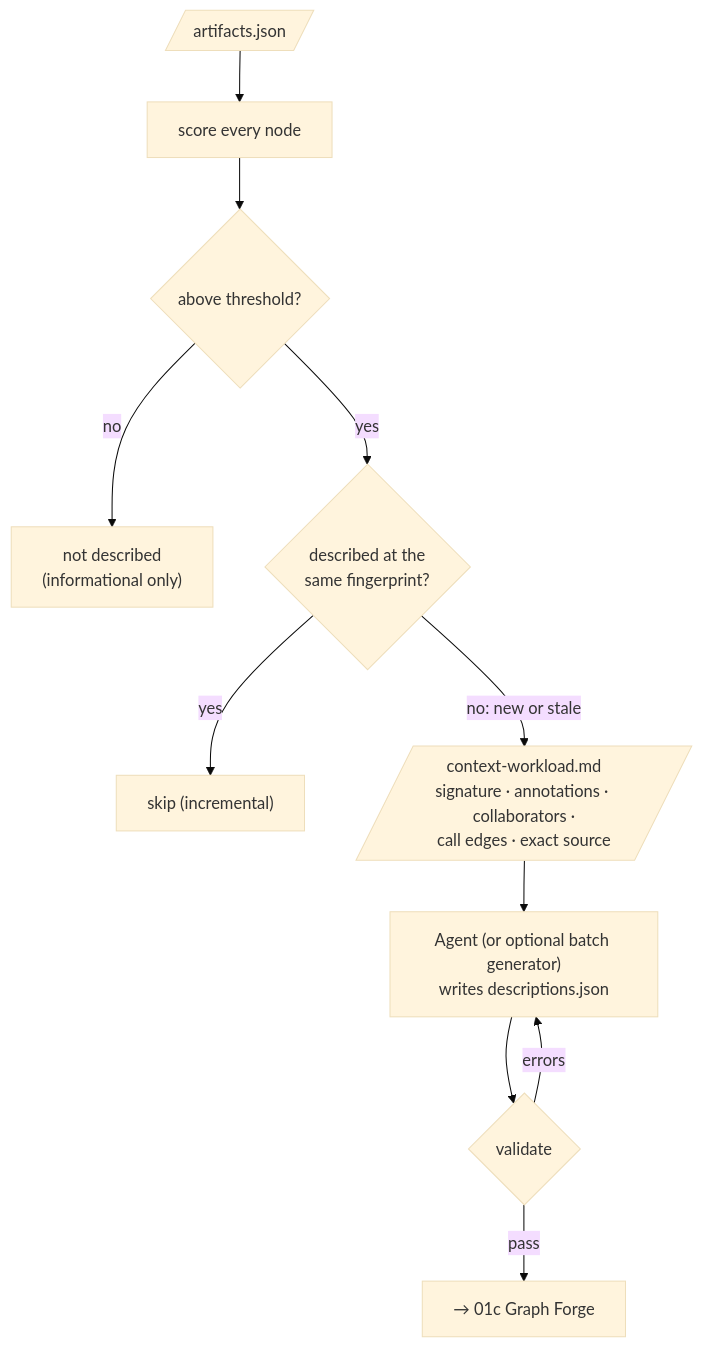
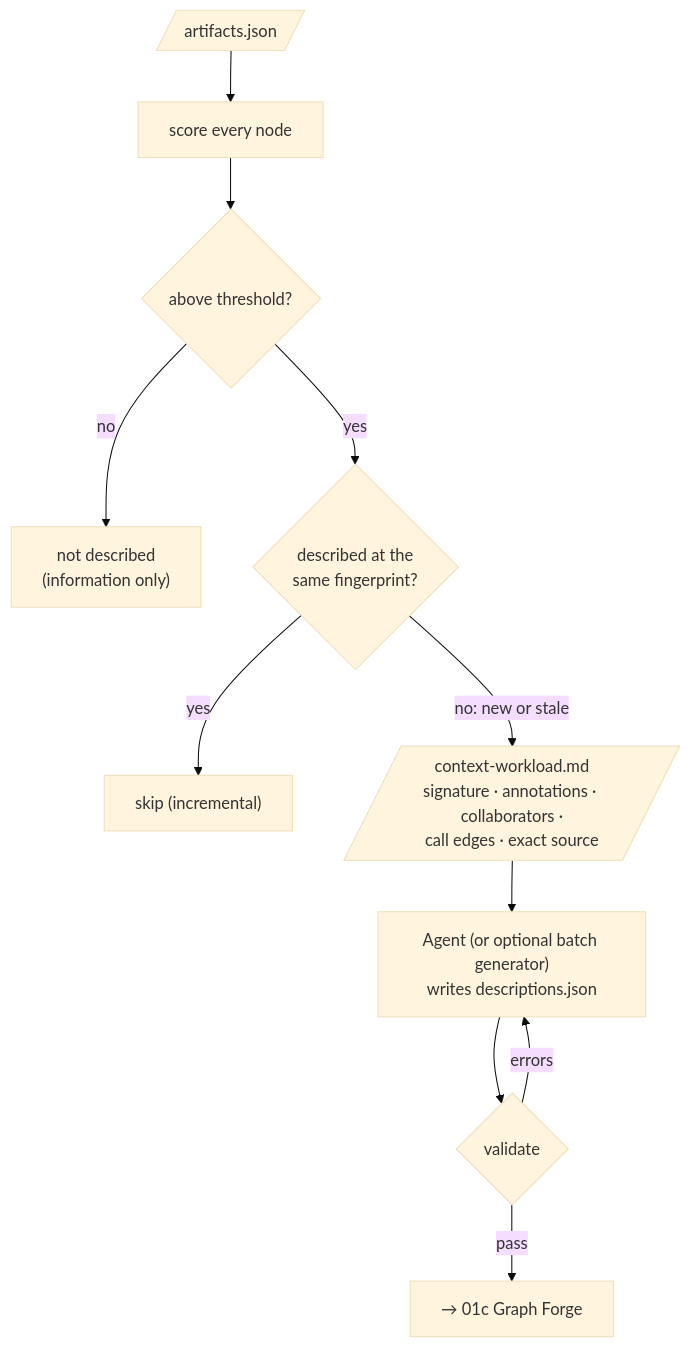
Diagram 12 of 31 in README.md (KrishnaAnnavaram/MARS), drawn with Mermaid (base theme) before and after one commit. The commit also changed other lines of this file and 1 other file, not shown here.

````diff
--- a/README.md
+++ b/README.md
@@ -711,13 +743,13 @@
 ```mermaid
 flowchart TD
     AJ[/"artifacts.json"/] --> SC["score every node"]
     SC --> TH{"above threshold?"}
-    TH -->|no| OUT["not described<br/>(informational only)"]
+    TH -->|no| OUT["not described<br/>(information only)"]
     TH -->|yes| FP{"described at the<br/>same fingerprint?"}
     FP -->|yes| SKIP["skip (incremental)"]
     FP -->|no: new or stale| BR[/"context-workload.md<br/>signature · annotations · collaborators ·<br/>call edges · exact source"/]
     BR --> AG["Agent (or optional batch generator)<br/>writes descriptions.json"]
     AG --> V{"validate"}
     V -->|errors| AG
     V -->|pass| GF["→ 01c Graph Forge"]
 ```
````
